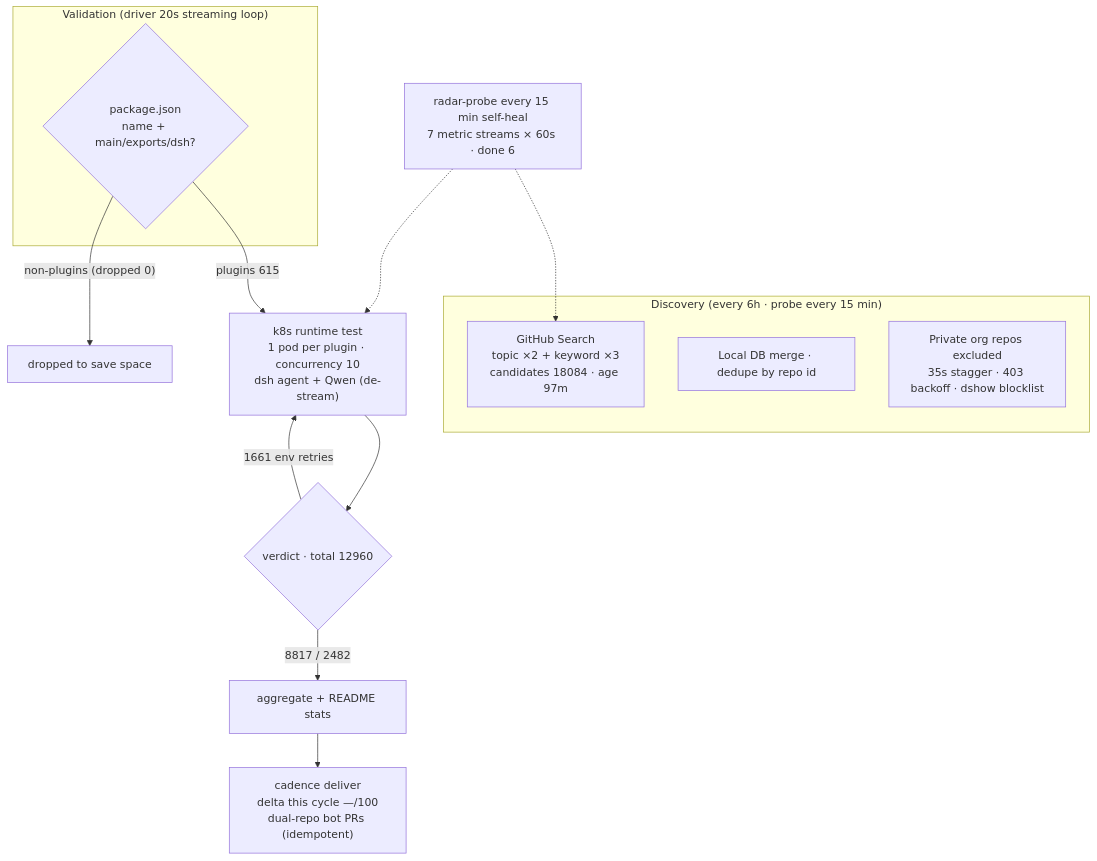
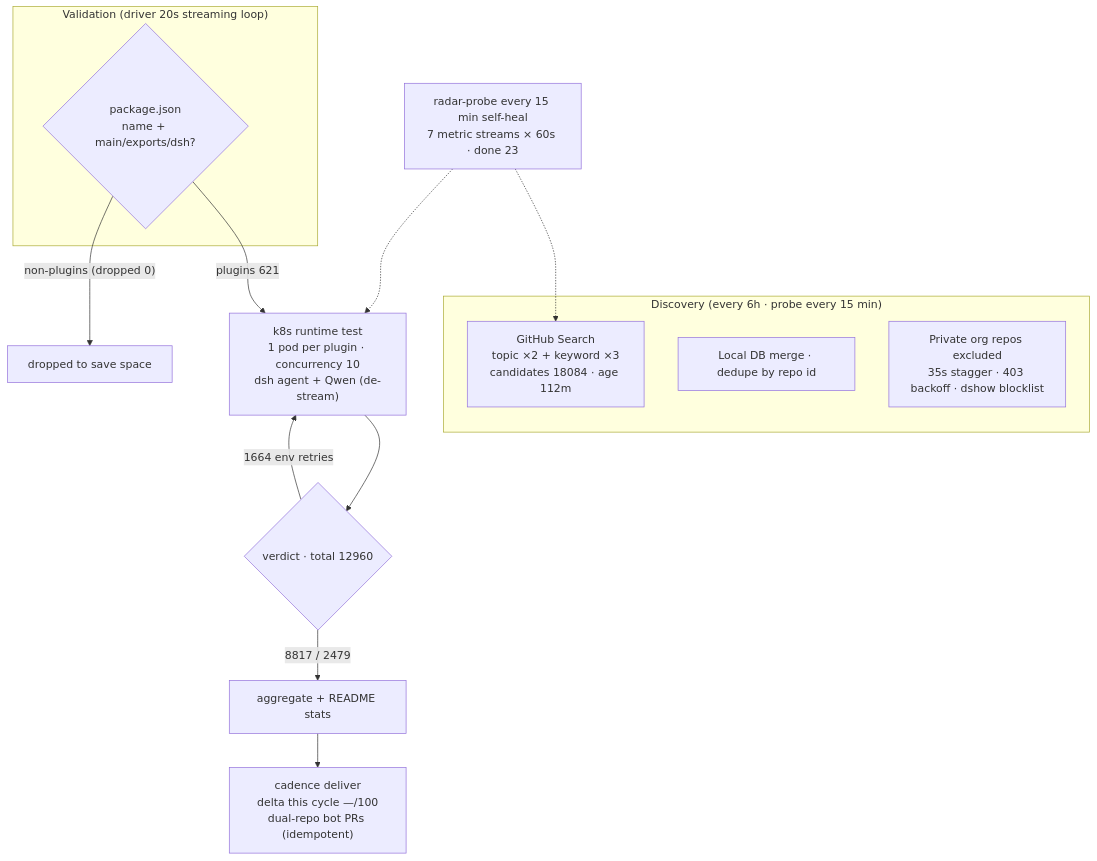
One commit to AdamPlatin123/awesome-dsh-plugins changed the diagram in README.en-US.md. Above: the diagram before and after it, drawn with Mermaid. The commit also changed other lines of this file and 5 other files, not shown here.

````diff
--- a/README.en-US.md
+++ b/README.en-US.md
@@ -45,20 +45,20 @@
 ```mermaid
 flowchart TB
     subgraph Discovery["Discovery (every 6h · probe every 15 min)"]
-        A1["GitHub Search<br/>topic ×2 + keyword ×3<br/>candidates 18084 · age 97m"]
+        A1["GitHub Search<br/>topic ×2 + keyword ×3<br/>candidates 18084 · age 112m"]
         A2["Local DB merge · dedupe by repo id"]
         A3["Private org repos excluded<br/>35s stagger · 403 backoff · dshow blocklist"]
     end
     subgraph Validation["Validation (driver 20s streaming loop)"]
         B1{"package.json<br/>name + main/exports/dsh?"}
     end
-    B1 -->|"plugins 615"| C1["k8s runtime test<br/>1 pod per plugin · concurrency 10<br/>dsh agent + Qwen (de-stream)"]
+    B1 -->|"plugins 621"| C1["k8s runtime test<br/>1 pod per plugin · concurrency 10<br/>dsh agent + Qwen (de-stream)"]
     B1 -->|"non-plugins (dropped 0)"| B3["dropped to save space"]
     C1 --> D1{"verdict · total 12960"}
-    D1 -->|"8817 / 2482"| E1["aggregate + README stats"]
-    D1 -->|"1661 env retries"| C1
+    D1 -->|"8817 / 2479"| E1["aggregate + README stats"]
+    D1 -->|"1664 env retries"| C1
     E1 --> E2["cadence deliver<br/>delta this cycle —/100<br/>dual-repo bot PRs (idempotent)"]
-    M["radar-probe every 15 min self-heal<br/>7 metric streams × 60s · done 6"]
+    M["radar-probe every 15 min self-heal<br/>7 metric streams × 60s · done 23"]
     M -.-> A1
     M -.-> C1
 ```
````
